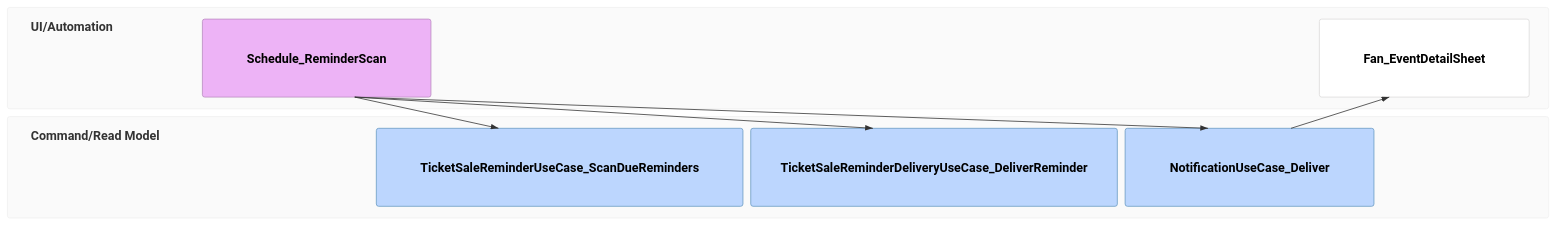
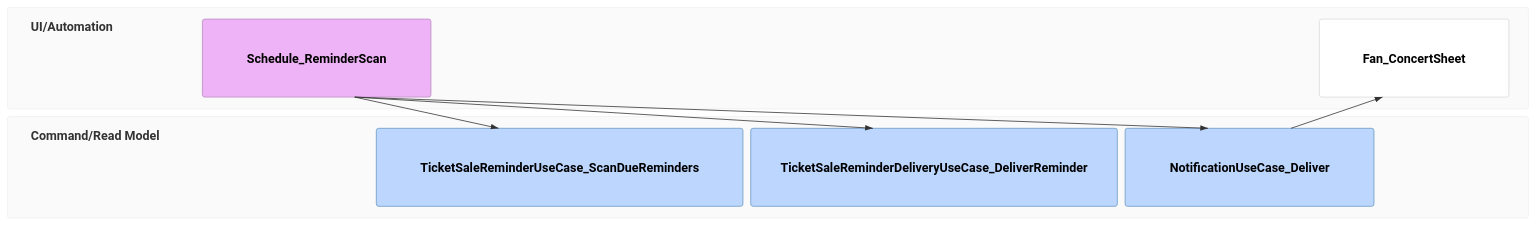
The diagram in openspec/specs/stories/get-reminded-of-ticket-sale-milestones/spec.md (liverty-music/specification), drawn with Mermaid before and after one commit. The commit also changed 61 other files, not shown here.

````diff
--- a/openspec/specs/stories/get-reminded-of-ticket-sale-milestones/spec.md
+++ b/openspec/specs/stories/get-reminded-of-ticket-sale-milestones/spec.md
@@ -7,8 +7,8 @@
 ```mermaid
 eventmodeling
 tf 01 pcr Schedule_ReminderScan
 tf 02 cmd TicketSaleReminderUseCase_ScanDueReminders
 tf 03 cmd TicketSaleReminderDeliveryUseCase_DeliverReminder
 tf 04 cmd NotificationUseCase_Deliver
-tf 05 ui Fan_EventDetailSheet
+tf 05 ui Fan_ConcertSheet
 ```
````
